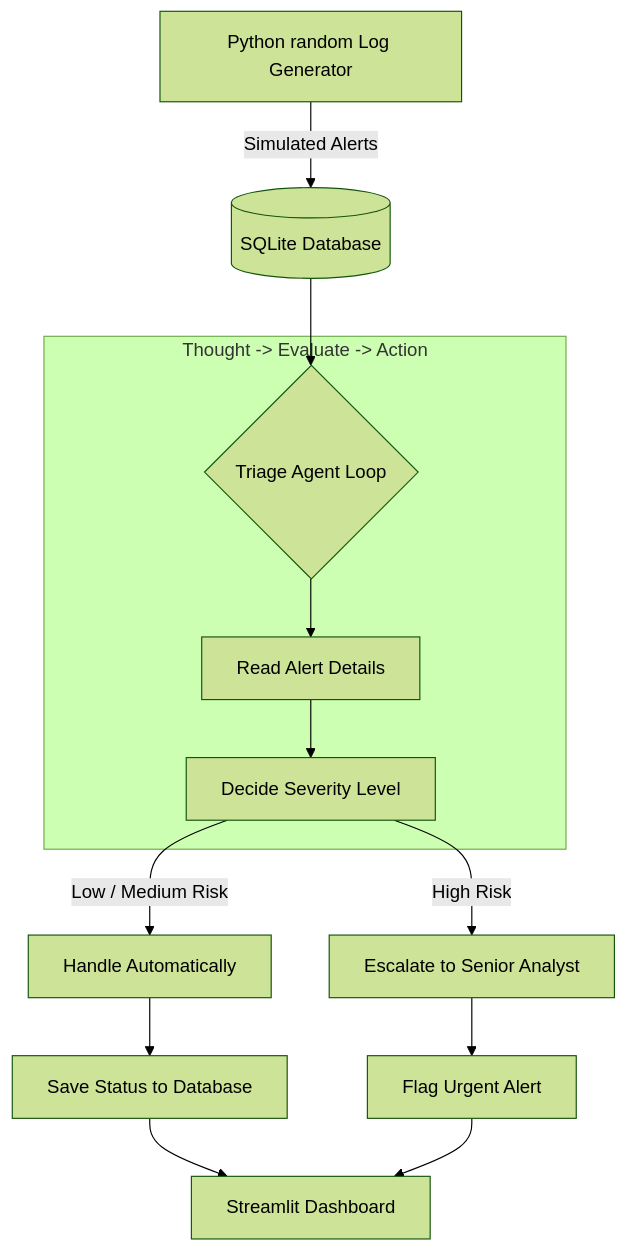
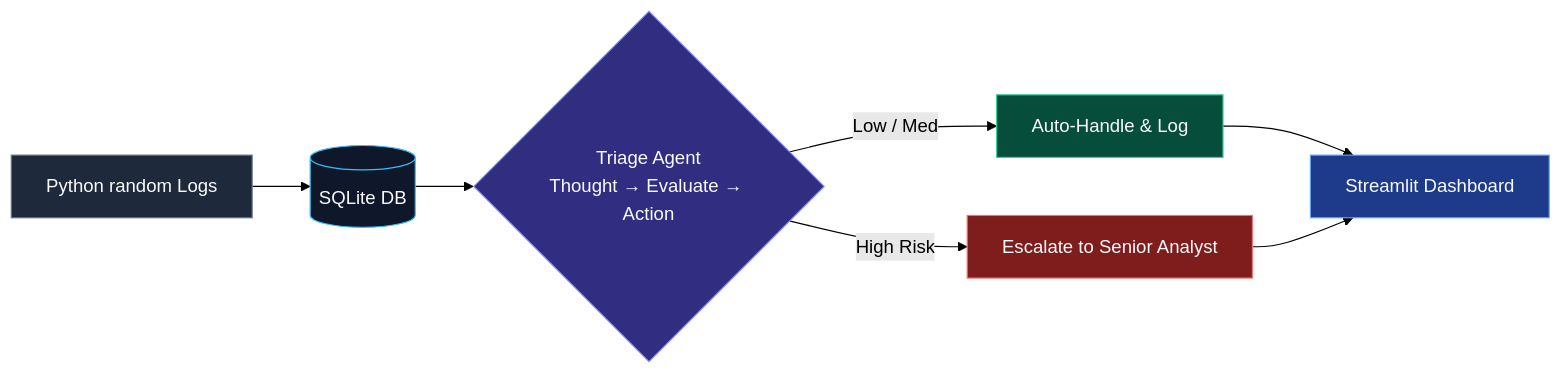
Before and after one commit to ImZb22/ai-soc-triage-agent: the diagram in README.md, drawn with Mermaid (forest theme).

Commit message:
Update README.md
Updated flowchart to improve clarity and structure.

````diff
--- a/README.md
+++ b/README.md
@@ -10,20 +10,18 @@
 ```mermaid
-flowchart TD
-    A[Python random Log Generator] -->|Simulated Alerts| B[(SQLite Database)]
-    B --> C{Triage Agent Loop}
+flowchart LR
+    A[Python random Logs] --> B[(SQLite DB)]
+    B --> C{Triage Agent<br/>Thought → Evaluate → Action}
     
-    subgraph Agent["Thought -> Evaluate -> Action"]
-        C --> D[Read Alert Details]
-        D --> E[Decide Severity Level]
-    end
+    C -->|Low / Med| D[Auto-Handle & Log]
+    C -->|High Risk| E[Escalate to Senior Analyst]
+    
+    D --> F[Streamlit Dashboard]
+    E --> F
 
-    E -->|Low / Medium Risk| F[Handle Automatically]
-    F --> G[Save Status to Database]
-    
-    E -->|High Risk| H[Escalate to Senior Analyst]
-    H --> I[Flag Urgent Alert]
-    
-    G --> J[Streamlit Dashboard]
-    I --> J
-
+    style A fill:#1e293b,stroke:#64748b,color:#f8fafc
+    style B fill:#0f172a,stroke:#38bdf8,color:#f8fafc
+    style C fill:#312e81,stroke:#818cf8,color:#f8fafc
+    style D fill:#064e3b,stroke:#34d399,color:#f8fafc
+    style E fill:#7f1d1d,stroke:#f87171,color:#f8fafc
+    style F fill:#1e3a8a,stroke:#60a5fa,color:#f8fafc
 ```
````
